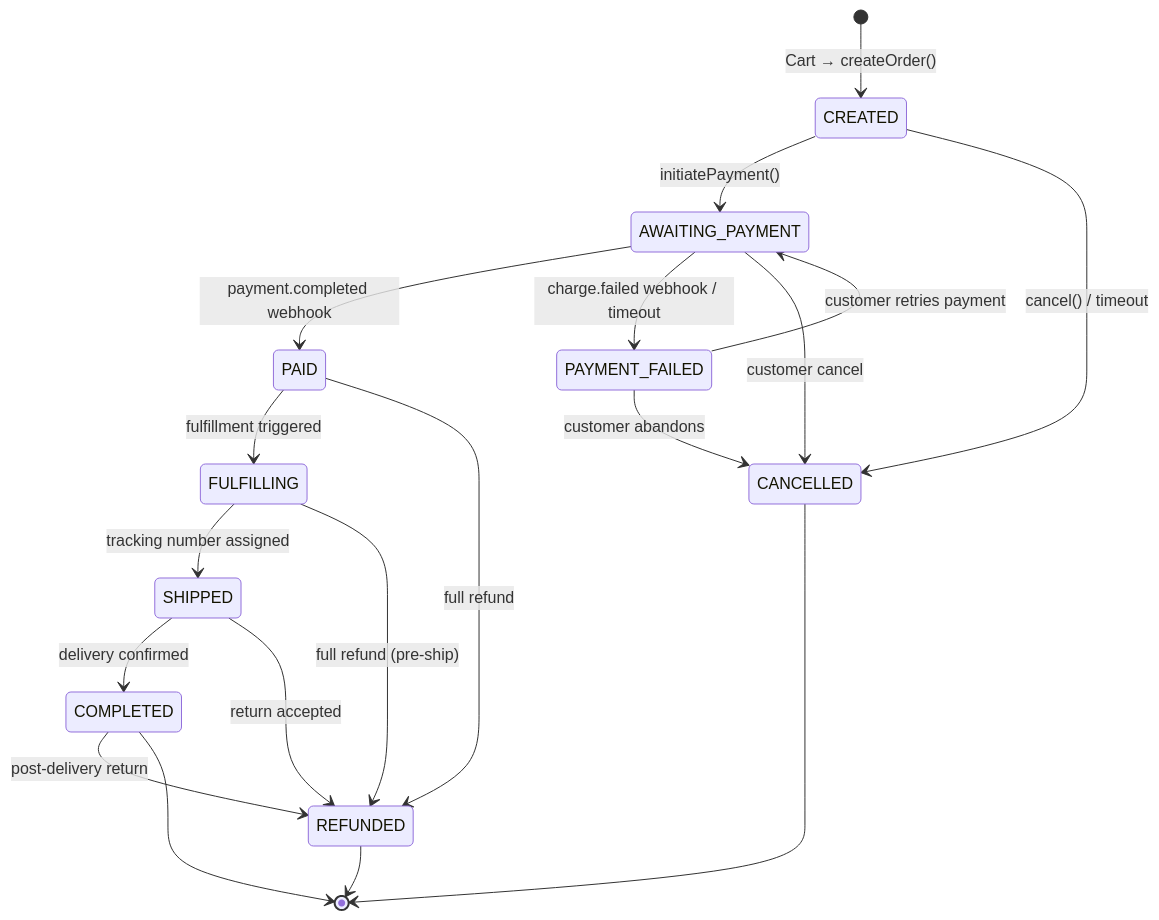
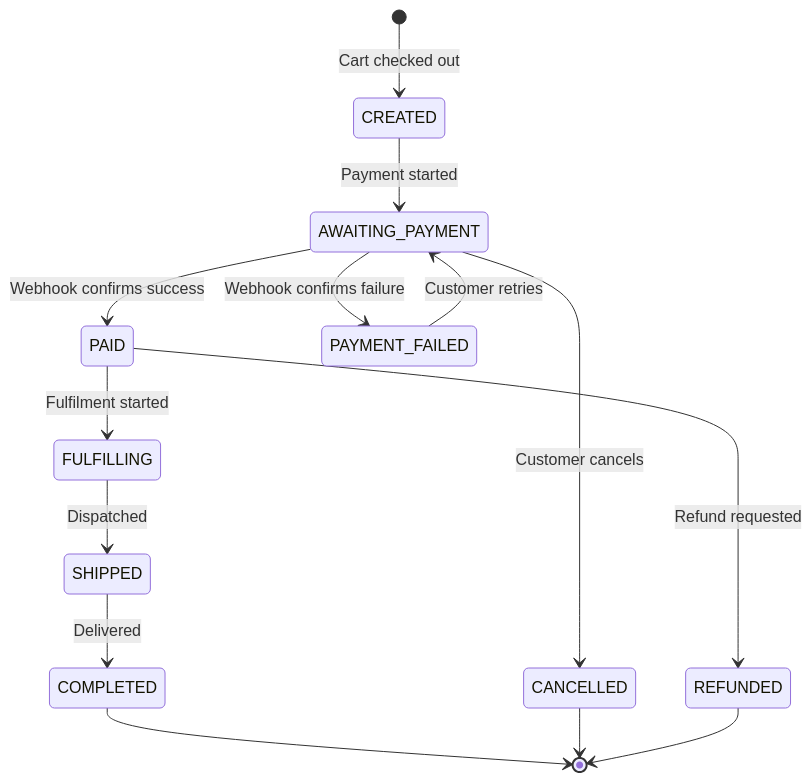
One commit to HARrrrisoon39/Unzer-Task-Code changed the fourth of 6 diagrams in architecture.md. Above: the diagram before and after it, drawn with Mermaid. The commit also changed other lines of this file, not shown here.

````diff
--- a/architecture.md
+++ b/architecture.md
@@ -259,27 +143,16 @@
 ```mermaid
 stateDiagram-v2
-  [*] --> CREATED : Cart → createOrder()
-
-  CREATED --> AWAITING_PAYMENT : initiatePayment()
-  CREATED --> CANCELLED : cancel() / timeout
-
-  AWAITING_PAYMENT --> PAID : payment.completed webhook
-  AWAITING_PAYMENT --> PAYMENT_FAILED : charge.failed webhook / timeout
-  AWAITING_PAYMENT --> CANCELLED : customer cancel
-
-  PAYMENT_FAILED --> AWAITING_PAYMENT : customer retries payment
-  PAYMENT_FAILED --> CANCELLED : customer abandons
-
-  PAID --> FULFILLING : fulfillment triggered
-  FULFILLING --> SHIPPED : tracking number assigned
-  SHIPPED --> COMPLETED : delivery confirmed
-
-  PAID --> REFUNDED : full refund
-  FULFILLING --> REFUNDED : full refund (pre-ship)
-  SHIPPED --> REFUNDED : return accepted
-  COMPLETED --> REFUNDED : post-delivery return
-
+  [*] --> CREATED : Cart checked out
+  CREATED --> AWAITING_PAYMENT : Payment started
+  AWAITING_PAYMENT --> PAID : Webhook confirms success
+  AWAITING_PAYMENT --> PAYMENT_FAILED : Webhook confirms failure
+  PAYMENT_FAILED --> AWAITING_PAYMENT : Customer retries
+  PAID --> FULFILLING : Fulfilment started
+  FULFILLING --> SHIPPED : Dispatched
+  SHIPPED --> COMPLETED : Delivered
+  PAID --> REFUNDED : Refund requested
+  AWAITING_PAYMENT --> CANCELLED : Customer cancels
+  COMPLETED --> [*]
   CANCELLED --> [*]
-  COMPLETED --> [*]
   REFUNDED --> [*]
 ```
````
